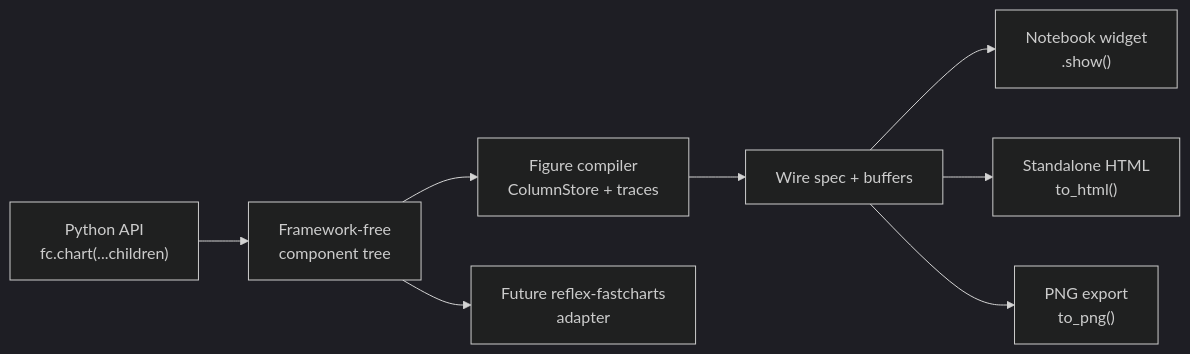
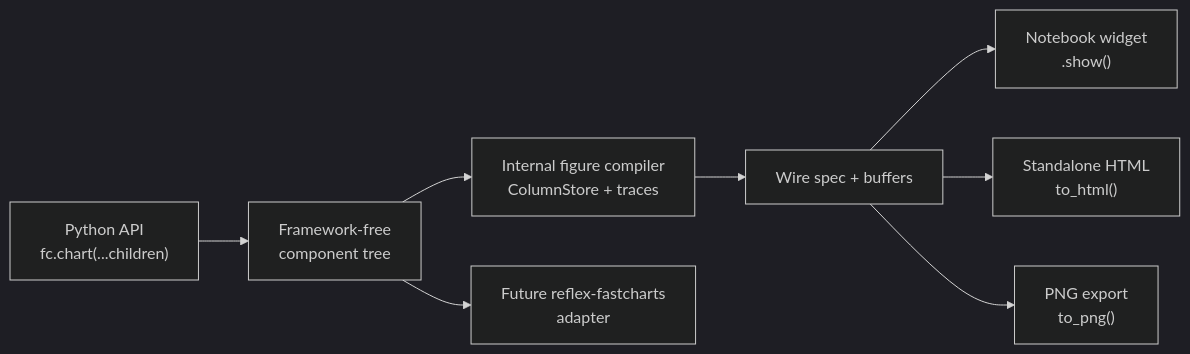
One commit to reflex-dev/xy changed the diagram in docs/design/reflex-shaped-api.md. Above: the diagram before and after it, drawn with Mermaid (dark theme). The commit also changed other lines of this file and 67 other files, not shown here.

````diff
--- a/docs/design/reflex-shaped-api.md
+++ b/docs/design/reflex-shaped-api.md
@@ -59,17 +59,17 @@
 ```mermaid
 flowchart LR
   USER["Python API<br/>fc.chart(...children)"]
   TREE["Framework-free<br/>component tree"]
-  FIG["Figure compiler<br/>ColumnStore + traces"]
+  FIG["Internal figure compiler<br/>ColumnStore + traces"]
   SPEC["Wire spec + buffers"]
   NB["Notebook widget<br/>.show()"]
   HTML["Standalone HTML<br/>to_html()"]
   PNG["PNG export<br/>to_png()"]
   RX["Future reflex-fastcharts<br/>adapter"]
 
   USER --> TREE --> FIG --> SPEC
   SPEC --> NB
   SPEC --> HTML
   SPEC --> PNG
   TREE --> RX
 ```
````
